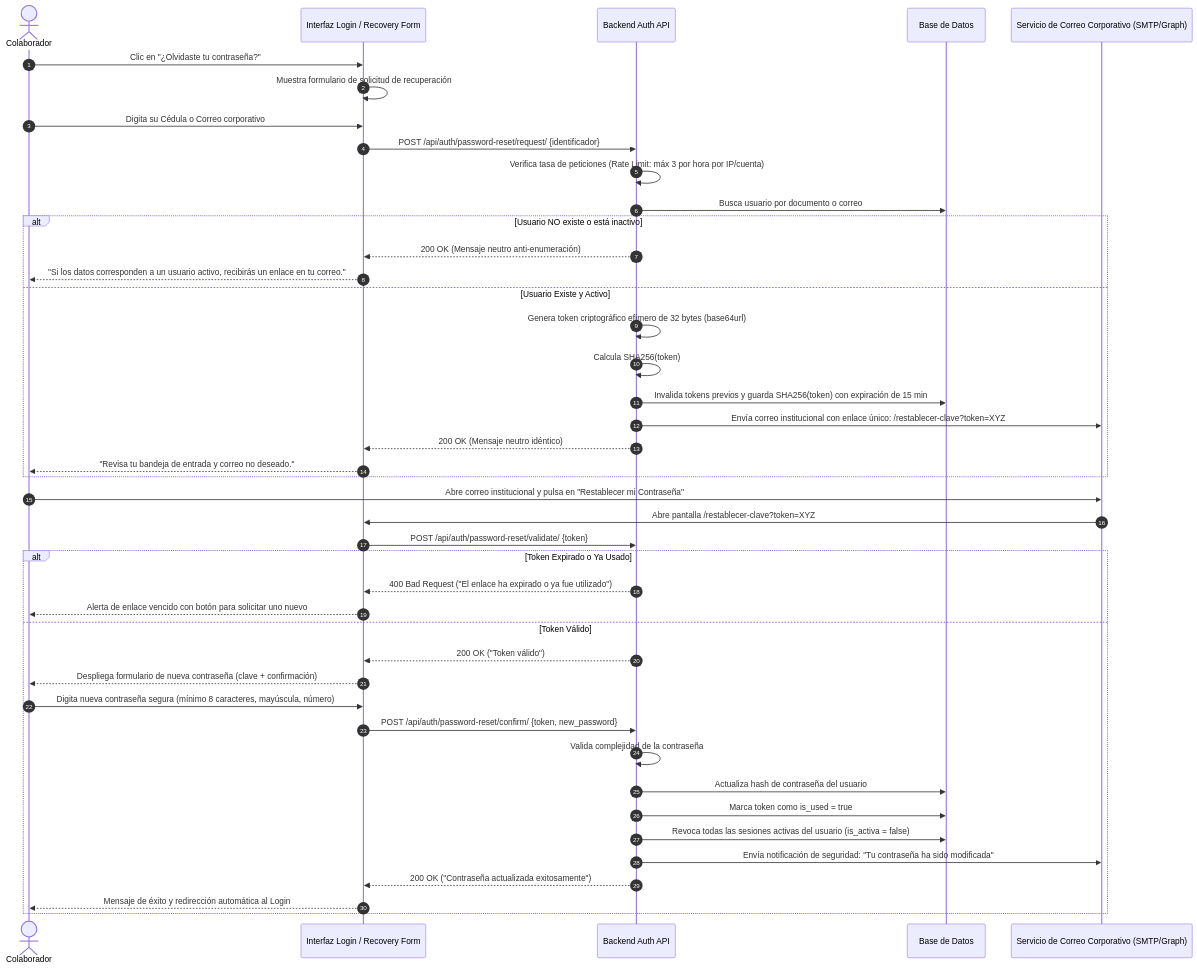
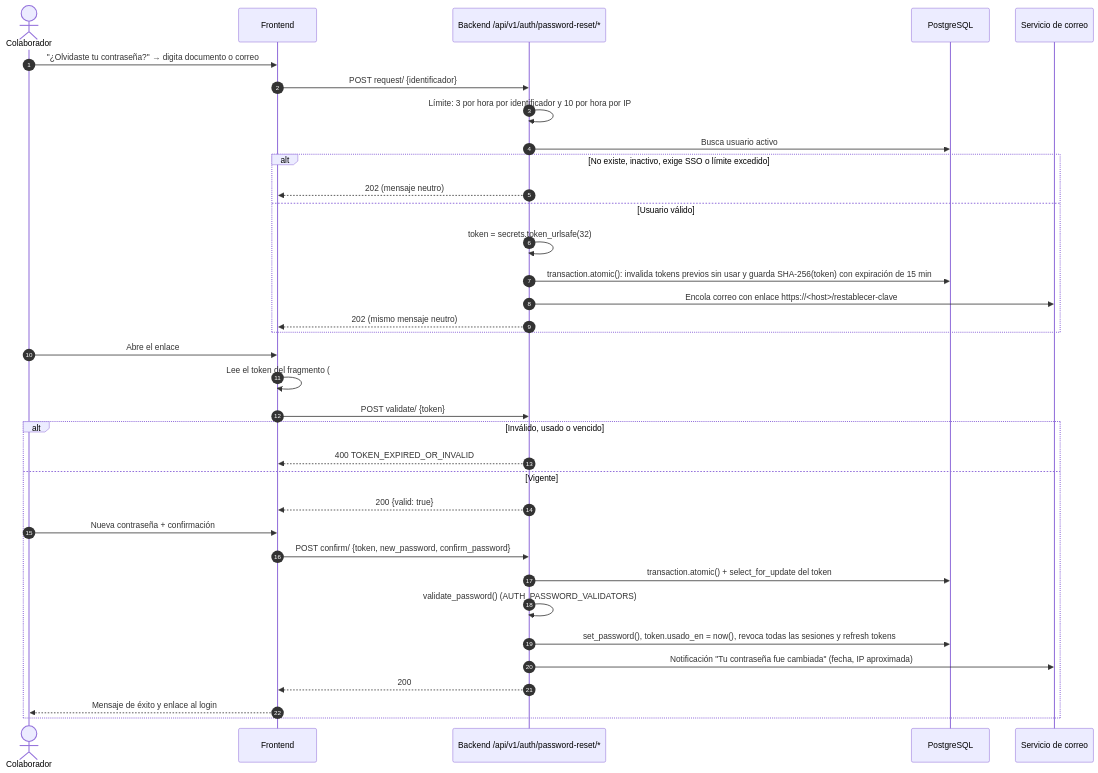
The diagram in greenfield/pages/login/09_flujo_restablecimiento_contrasena.md (jnmontoy/sdd), drawn with Mermaid before and after one commit. The commit also changed other lines of this file and 152 other files, not shown here.

````diff
--- a/greenfield/pages/login/09_flujo_restablecimiento_contrasena.md
+++ b/greenfield/pages/login/09_flujo_restablecimiento_contrasena.md
@@ -10,50 +10,39 @@
 ```mermaid
 sequenceDiagram
     autonumber
     actor U as Colaborador
-    participant UI as Interfaz Login / Recovery Form
-    participant API as Backend Auth API
-    participant DB as Base de Datos
-    participant MAIL as Servicio de Correo Corporativo (SMTP/Graph)
+    participant UI as Frontend
+    participant API as Backend /api/v1/auth/password-reset/*
+    participant DB as PostgreSQL
+    participant MAIL as Servicio de correo
 
-    U->>UI: Clic en "¿Olvidaste tu contraseña?"
-    UI->>UI: Muestra formulario de solicitud de recuperación
-    U->>UI: Digita su Cédula o Correo corporativo
-    UI->>API: POST /api/auth/password-reset/request/ {identificador}
-    
-    API->>API: Verifica tasa de peticiones (Rate Limit: máx 3 por hora por IP/cuenta)
-    API->>DB: Busca usuario por documento o correo
-    
-    alt Usuario NO existe o está inactivo
-        API-->>UI: 200 OK (Mensaje neutro anti-enumeración)
-        UI-->>U: "Si los datos corresponden a un usuario activo, recibirás un enlace en tu correo."
-    else Usuario Existe y Activo
-        API->>API: Genera token criptográfico efímero de 32 bytes (base64url)
-        API->>API: Calcula SHA256(token)
-        API->>DB: Invalida tokens previos y guarda SHA256(token) con expiración de 15 min
-        API->>MAIL: Envía correo institucional con enlace único: /restablecer-clave?token=XYZ
-        API-->>UI: 200 OK (Mensaje neutro idéntico)
-        UI-->>U: "Revisa tu bandeja de entrada y correo no deseado."
+    U->>UI: "¿Olvidaste tu contraseña?" → digita documento o correo
+    UI->>API: POST request/ {identificador}
+    API->>API: Límite: 3 por hora por identificador y 10 por hora por IP
+    API->>DB: Busca usuario activo
+    alt No existe, inactivo, exige SSO o límite excedido
+        API-->>UI: 202 (mensaje neutro)
+    else Usuario válido
+        API->>API: token = secrets.token_urlsafe(32)
+        API->>DB: transaction.atomic(): invalida tokens previos sin usar y guarda SHA-256(token) con expiración de 15 min
+        API->>MAIL: Encola correo con enlace https://<host>/restablecer-clave#token=<token>
+        API-->>UI: 202 (mismo mensaje neutro)
     end
 
-    U->>MAIL: Abre correo institucional y pulsa en "Restablecer mi Contraseña"
-    MAIL->>UI: Abre pantalla /restablecer-clave?token=XYZ
-    UI->>API: POST /api/auth/password-reset/validate/ {token}
-    
-    alt Token Expirado o Ya Usado
-        API-->>UI: 400 Bad Request ("El enlace ha expirado o ya fue utilizado")
-        UI-->>U: Alerta de enlace vencido con botón para solicitar uno nuevo
-    else Token Válido
-        API-->>UI: 200 OK ("Token válido")
-        UI-->>U: Despliega formulario de nueva contraseña (clave + confirmación)
-        U->>UI: Digita nueva contraseña segura (mínimo 8 caracteres, mayúscula, número)
-        UI->>API: POST /api/auth/password-reset/confirm/ {token, new_password}
-        API->>API: Valida complejidad de la contraseña
-        API->>DB: Actualiza hash de contraseña del usuario
-        API->>DB: Marca token como is_used = true
-        API->>DB: Revoca todas las sesiones activas del usuario (is_activa = false)
-        API->>MAIL: Envía notificación de seguridad: "Tu contraseña ha sido modificada"
-        API-->>UI: 200 OK ("Contraseña actualizada exitosamente")
-        UI-->>U: Mensaje de éxito y redirección automática al Login
+    U->>UI: Abre el enlace
+    UI->>UI: Lee el token del fragmento (#) y limpia la URL con history.replaceState
+    UI->>API: POST validate/ {token}
+    alt Inválido, usado o vencido
+        API-->>UI: 400 TOKEN_EXPIRED_OR_INVALID
+    else Vigente
+        API-->>UI: 200 {valid: true}
+        U->>UI: Nueva contraseña + confirmación
+        UI->>API: POST confirm/ {token, new_password, confirm_password}
+        API->>DB: transaction.atomic() + select_for_update del token
+        API->>API: validate_password() (AUTH_PASSWORD_VALIDATORS)
+        API->>DB: set_password(), token.usado_en = now(), revoca todas las sesiones y refresh tokens
+        API->>MAIL: Notificación "Tu contraseña fue cambiada" (fecha, IP aproximada)
+        API-->>UI: 200
+        UI-->>U: Mensaje de éxito y enlace al login
     end
 ```
````
